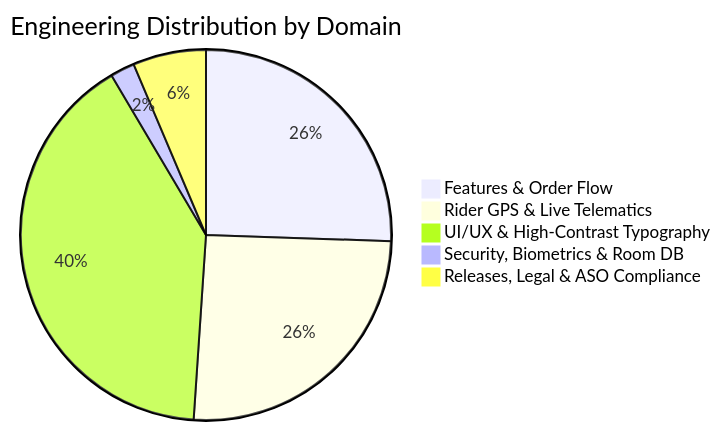
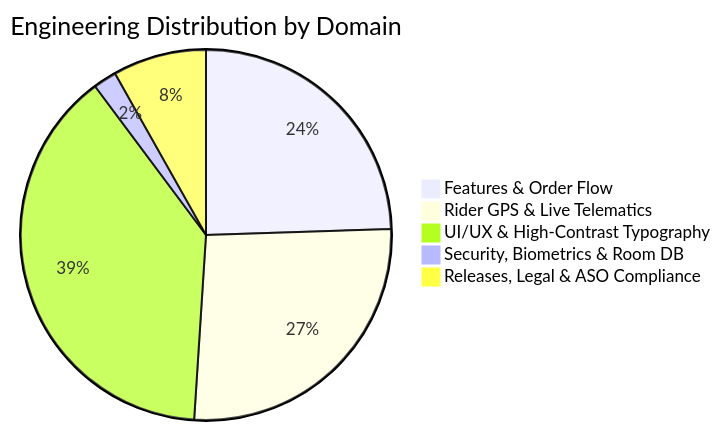
The second of 2 diagrams in README.md (daniyal44/Zyphuel-App), drawn with Mermaid before and after one commit. The commit also changed other lines of this file, not shown here.

````diff
--- a/README.md
+++ b/README.md
@@ -60,8 +60,8 @@
 ```mermaid
 pie title Engineering Distribution by Domain
     "Features & Order Flow" : 12
-    "Rider GPS & Live Telematics" : 12
+    "Rider GPS & Live Telematics" : 13
     "UI/UX & High-Contrast Typography" : 19
     "Security, Biometrics & Room DB" : 1
-    "Releases, Legal & ASO Compliance" : 3
+    "Releases, Legal & ASO Compliance" : 4
 ```
````
